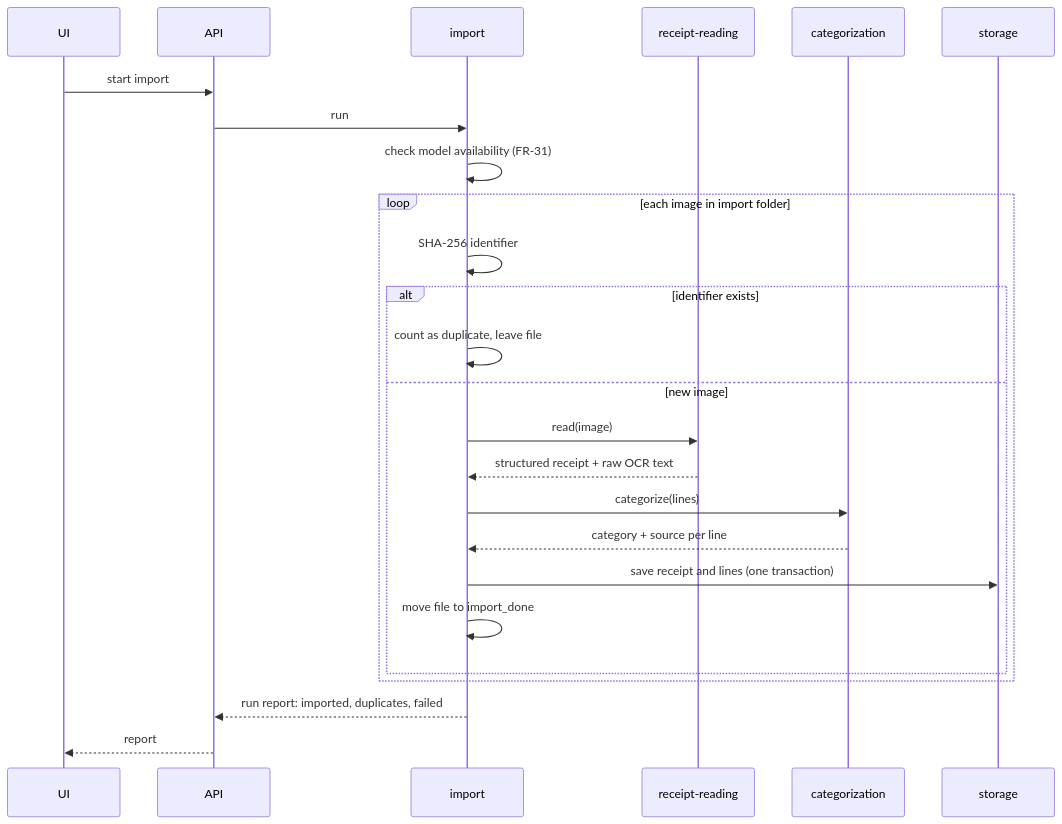
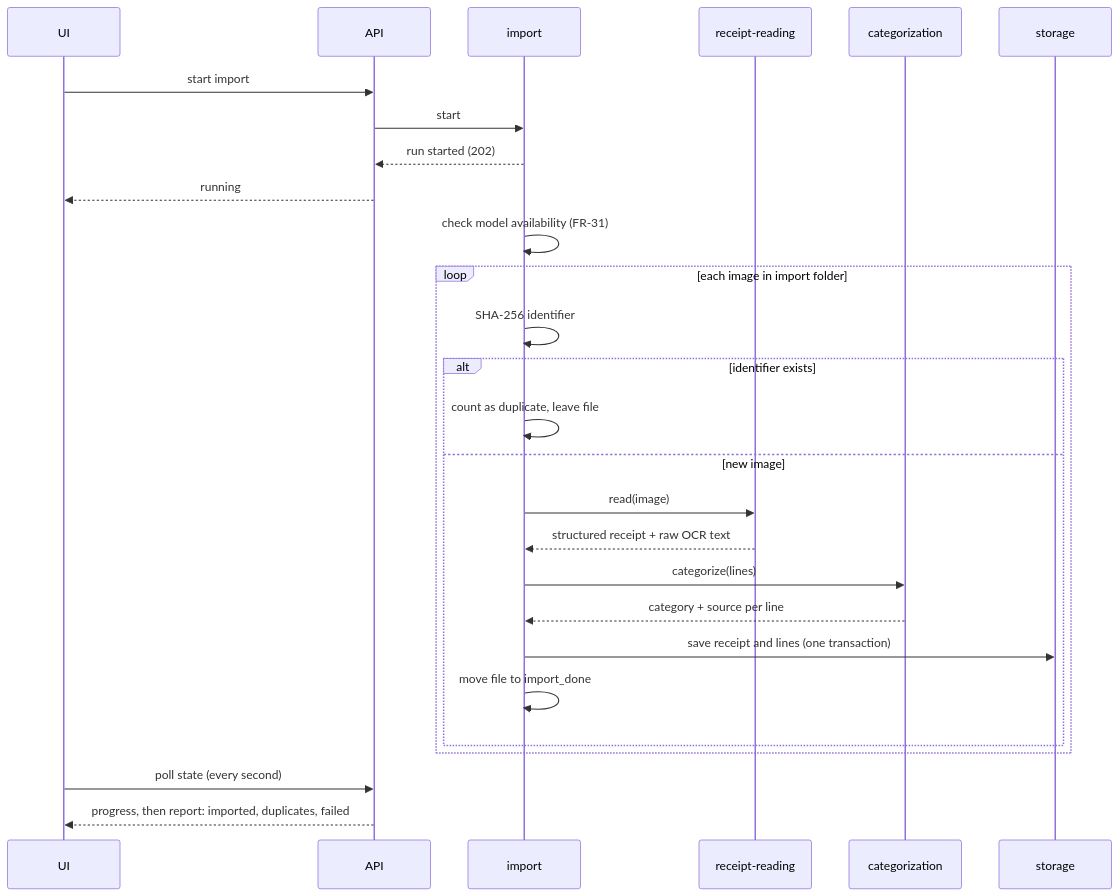
The second of 2 diagrams in docs/architecture.md (PekkaJuN/RRMCApplication), drawn with Mermaid before and after one commit. The commit also changed other lines of this file and 46 other files, not shown here.

````diff
--- a/docs/architecture.md
+++ b/docs/architecture.md
@@ -134,27 +140,29 @@
 ```mermaid
 sequenceDiagram
   participant U as UI
   participant A as API
   participant I as import
   participant R as receipt-reading
   participant C as categorization
   participant S as storage
   U->>A: start import
-  A->>I: run
+  A->>I: start
+  I-->>A: run started (202)
+  A-->>U: running
   I->>I: check model availability (FR-31)
   loop each image in import folder
     I->>I: SHA-256 identifier
     alt identifier exists
       I->>I: count as duplicate, leave file
     else new image
       I->>R: read(image)
       R-->>I: structured receipt + raw OCR text
       I->>C: categorize(lines)
       C-->>I: category + source per line
       I->>S: save receipt and lines (one transaction)
       I->>I: move file to import_done
     end
   end
-  I-->>A: run report: imported, duplicates, failed
-  A-->>U: report
+  U->>A: poll state (every second)
+  A-->>U: progress, then report: imported, duplicates, failed
 ```
````
